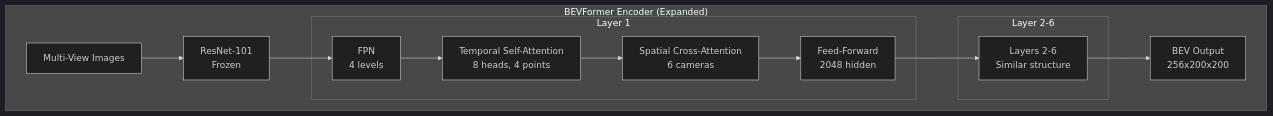
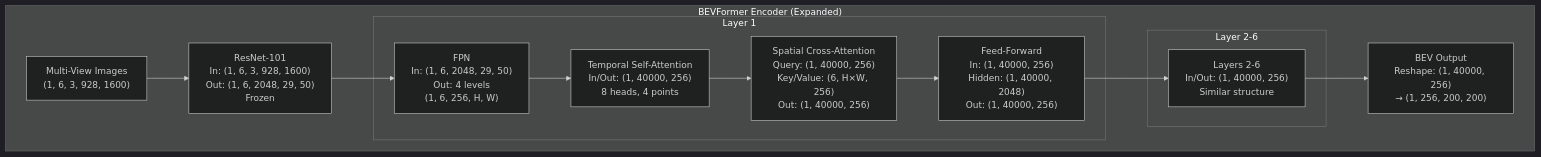
Before and after one commit to litanlitudan/UniAD: the second of 9 diagrams in tools/pytorch_op_tracer/SPEC.md, drawn with Mermaid (dark theme). The commit also changed other lines of this file, not shown here.

````diff
--- a/tools/pytorch_op_tracer/SPEC.md
+++ b/tools/pytorch_op_tracer/SPEC.md
@@ -220,19 +322,19 @@
 ```mermaid
 graph TB
     subgraph "BEVFormer Encoder (Expanded)"
-        Input[Multi-View Images] --> ResNet[ResNet-101<br/>Frozen]
-        ResNet --> FPN[FPN<br/>4 levels]
+        Input["Multi-View Images<br/>(1, 6, 3, 928, 1600)"] --> ResNet["ResNet-101<br/>In: (1, 6, 3, 928, 1600)<br/>Out: (1, 6, 2048, 29, 50)<br/>Frozen"]
+        ResNet --> FPN["FPN<br/>In: (1, 6, 2048, 29, 50)<br/>Out: 4 levels<br/>(1, 6, 256, H, W)"]
         
         subgraph "Layer 1"
-            FPN --> TSA1[Temporal Self-Attention<br/>8 heads, 4 points]
-            TSA1 --> SCA1[Spatial Cross-Attention<br/>6 cameras]
-            SCA1 --> FFN1[Feed-Forward<br/>2048 hidden]
+            FPN --> TSA1["Temporal Self-Attention<br/>In/Out: (1, 40000, 256)<br/>8 heads, 4 points"]
+            TSA1 --> SCA1["Spatial Cross-Attention<br/>Query: (1, 40000, 256)<br/>Key/Value: (6, H×W, 256)<br/>Out: (1, 40000, 256)"]
+            SCA1 --> FFN1["Feed-Forward<br/>In: (1, 40000, 256)<br/>Hidden: (1, 40000, 2048)<br/>Out: (1, 40000, 256)"]
         end
         
         subgraph "Layer 2-6"
-            FFN1 --> Layers[Layers 2-6<br/>Similar structure]
+            FFN1 --> Layers["Layers 2-6<br/>In/Out: (1, 40000, 256)<br/>Similar structure"]
         end
         
-        Layers --> BEVOut[BEV Output<br/>256x200x200]
+        Layers --> BEVOut["BEV Output<br/>Reshape: (1, 40000, 256)<br/>→ (1, 256, 200, 200)"]
     end
 ```
````
